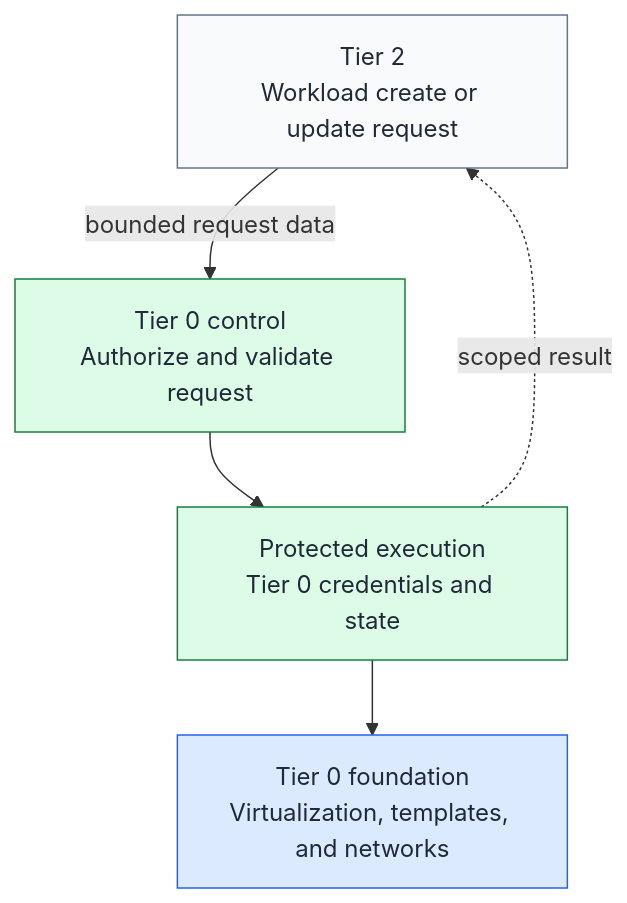
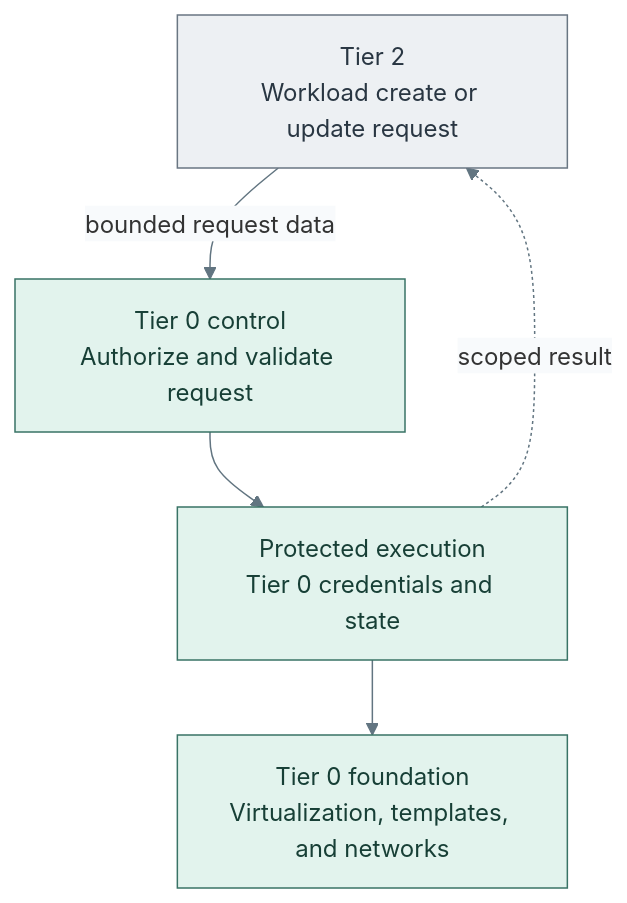
Before and after one commit to Rexus/homelab: the diagram in docs/architecture/compute/provisioning.md, drawn with Mermaid. The commit also changed 49 other files, not shown here.

Commit message:
docs(diagrams): clarify tier layouts and visual styles

````diff
--- a/docs/architecture/compute/provisioning.md
+++ b/docs/architecture/compute/provisioning.md
@@ -53,15 +53,16 @@
 ```mermaid
+%%{init: {"theme":"base","themeVariables":{"lineColor":"#627581","edgeLabelBackground":"#f8fafc"}}}%%
 flowchart TB
   Request["Tier 2<br/>Workload create or update request"]
   Policy["Tier 0 control<br/>Authorize and validate request"]
   Execute["Protected execution<br/>Tier 0 credentials and state"]
   Platform["Tier 0 foundation<br/>Virtualization, templates, and networks"]
   Request -->|bounded request data| Policy
   Policy --> Execute --> Platform
   Execute -. scoped result .-> Request
-
-  style Request fill:#f8fafc,stroke:#64748b,color:#1f2937
-  style Policy fill:#dcfce7,stroke:#15803d,color:#1f2937
-  style Execute fill:#dcfce7,stroke:#15803d,color:#1f2937
-  style Platform fill:#dbeafe,stroke:#2563eb,color:#1f2937
+  classDef default fill:#f8fafc,stroke:#64748b,color:#1f2937
+  classDef actor fill:#edf0f3,stroke:#697682,color:#293642
+  classDef control fill:#e2f3ed,stroke:#397366,color:#173f36
+  class Request actor
+  class Policy,Execute,Platform control
 ```
````
